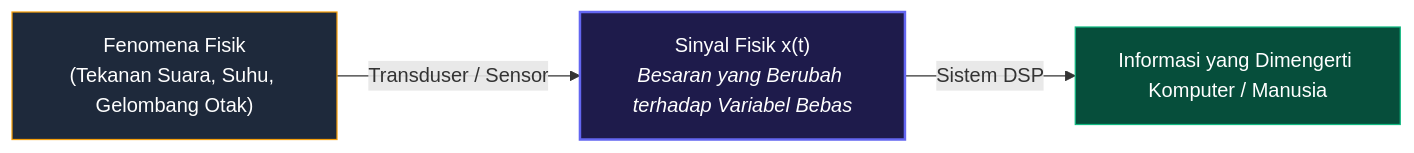
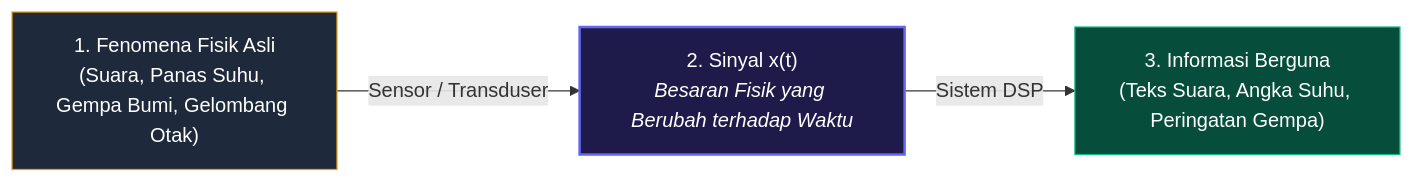
One commit to wheresabuy/PSD changed the first of 9 diagrams in README.md. Above: the diagram before and after it, drawn with Mermaid. The commit also changed other lines of this file, not shown here.

Commit message:
Rewrite modul ke format Buku Ajar Lengkap: Penjelasan naratif mendalam, analogi kehidupan nyata ramah orang awam, bedah rumus, dan diagram visual asli

````diff
--- a/README.md
+++ b/README.md
@@ -36,9 +42,9 @@
 ```mermaid
 graph LR
-    Fenomena["Fenomena Fisik<br>(Tekanan Suara, Suhu, Gelombang Otak)"] -->|Transduser / Sensor| Sinyal["Sinyal Fisik x(t)<br><i>Besaran yang Berubah terhadap Variabel Bebas</i>"]
-    Sinyal -->|Sistem DSP| Info["Informasi yang Dimengerti Komputer / Manusia"]
-    
+    Fenomena["1. Fenomena Fisik Asli<br>(Suara, Panas Suhu, Gempa Bumi, Gelombang Otak)"] -->|Sensor / Transduser| Sinyal["2. Sinyal x(t)<br><i>Besaran Fisik yang Berubah terhadap Waktu</i>"]
+    Sinyal -->|Sistem DSP| Hasil["3. Informasi Berguna<br>(Teks Suara, Angka Suhu, Peringatan Gempa)"]
+
     style Fenomena fill:#1e293b,stroke:#f59e0b,color:#fff
     style Sinyal fill:#1e1b4b,stroke:#6366f1,stroke-width:2px,color:#fff
-    style Info fill:#064e3b,stroke:#10b981,color:#fff
+    style Hasil fill:#064e3b,stroke:#10b981,color:#fff
 ```
````
